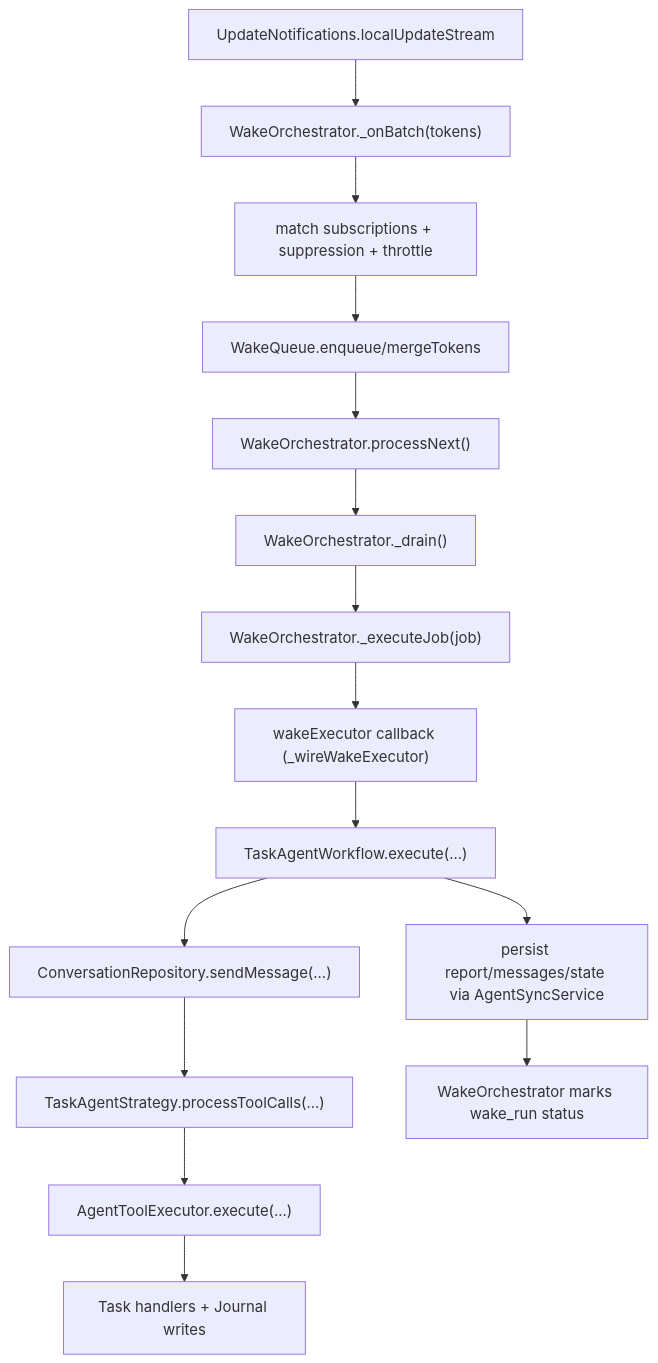
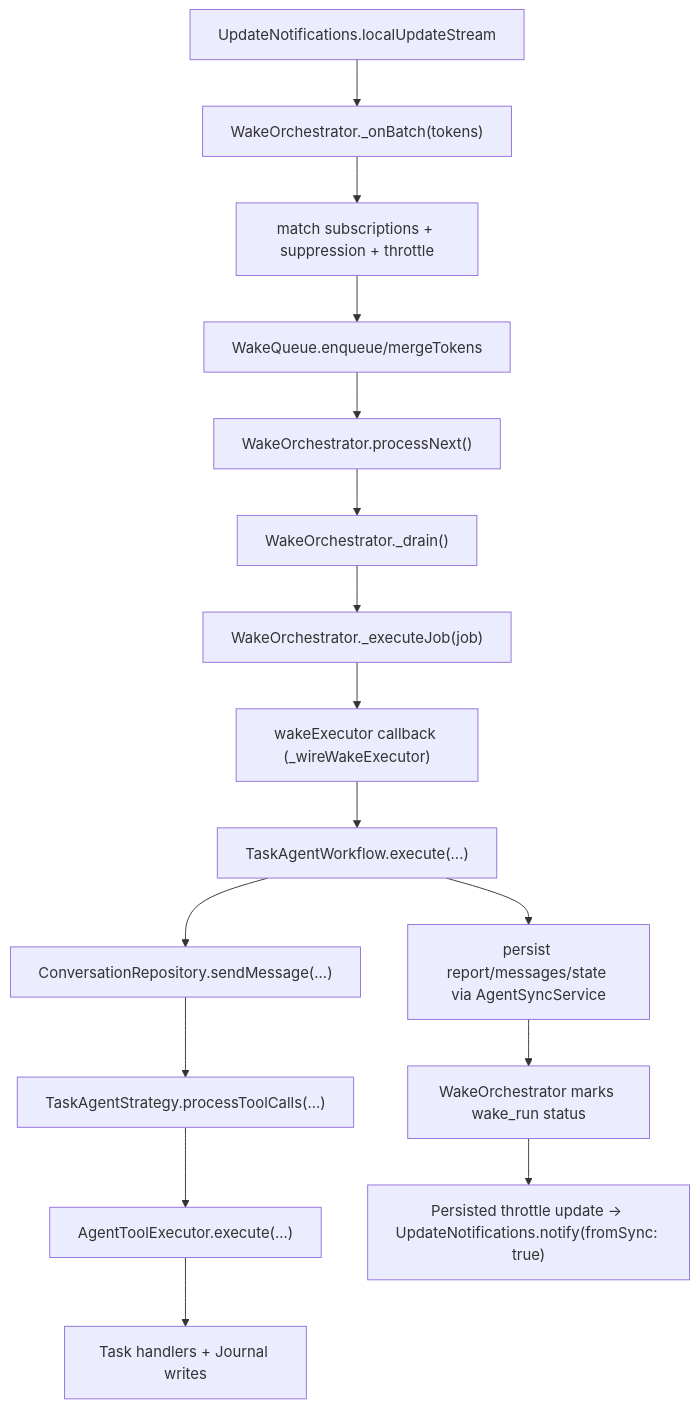
Before and after one commit to matthiasn/lotti: the second of 5 diagrams in lib/features/agents/README.md, drawn with Mermaid. The commit also changed other lines of this file and 9 other files, not shown here.

````diff
--- a/lib/features/agents/README.md
+++ b/lib/features/agents/README.md
@@ -54,17 +56,18 @@
 ```mermaid
 flowchart TD
   A["UpdateNotifications.localUpdateStream"] --> B["WakeOrchestrator._onBatch(tokens)"]
   B --> C["match subscriptions + suppression + throttle"]
   C --> D["WakeQueue.enqueue/mergeTokens"]
   D --> E["WakeOrchestrator.processNext()"]
   E --> F["WakeOrchestrator._drain()"]
   F --> G["WakeOrchestrator._executeJob(job)"]
   G --> H["wakeExecutor callback (_wireWakeExecutor)"]
   H --> I["TaskAgentWorkflow.execute(...)"]
   I --> J["ConversationRepository.sendMessage(...)"]
   J --> K["TaskAgentStrategy.processToolCalls(...)"]
   K --> L["AgentToolExecutor.execute(...)"]
   L --> M["Task handlers + Journal writes"]
   I --> N["persist report/messages/state via AgentSyncService"]
   N --> O["WakeOrchestrator marks wake_run status"]
+  O --> P["Persisted throttle update -> UpdateNotifications.notify(fromSync: true)"]
 ```
````
